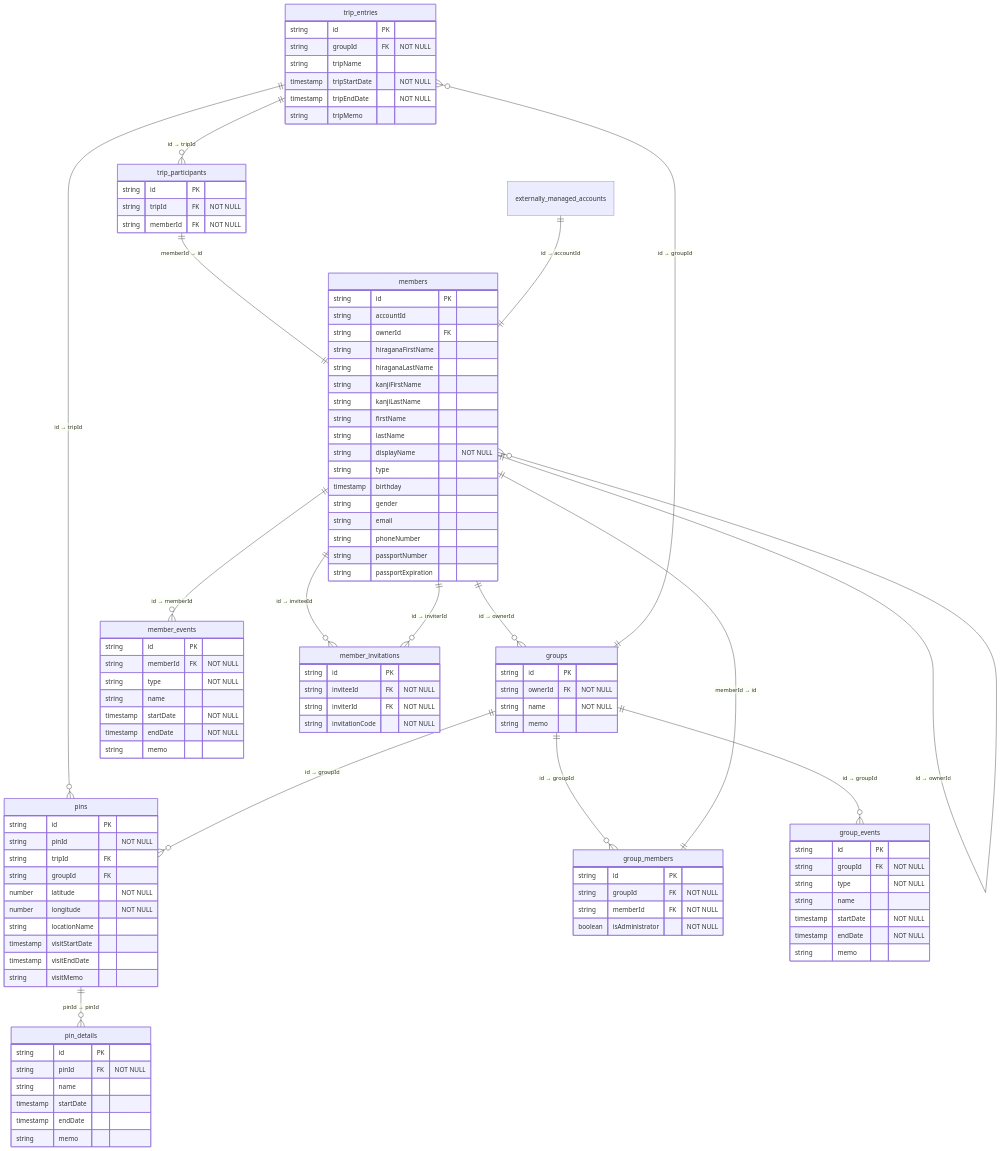
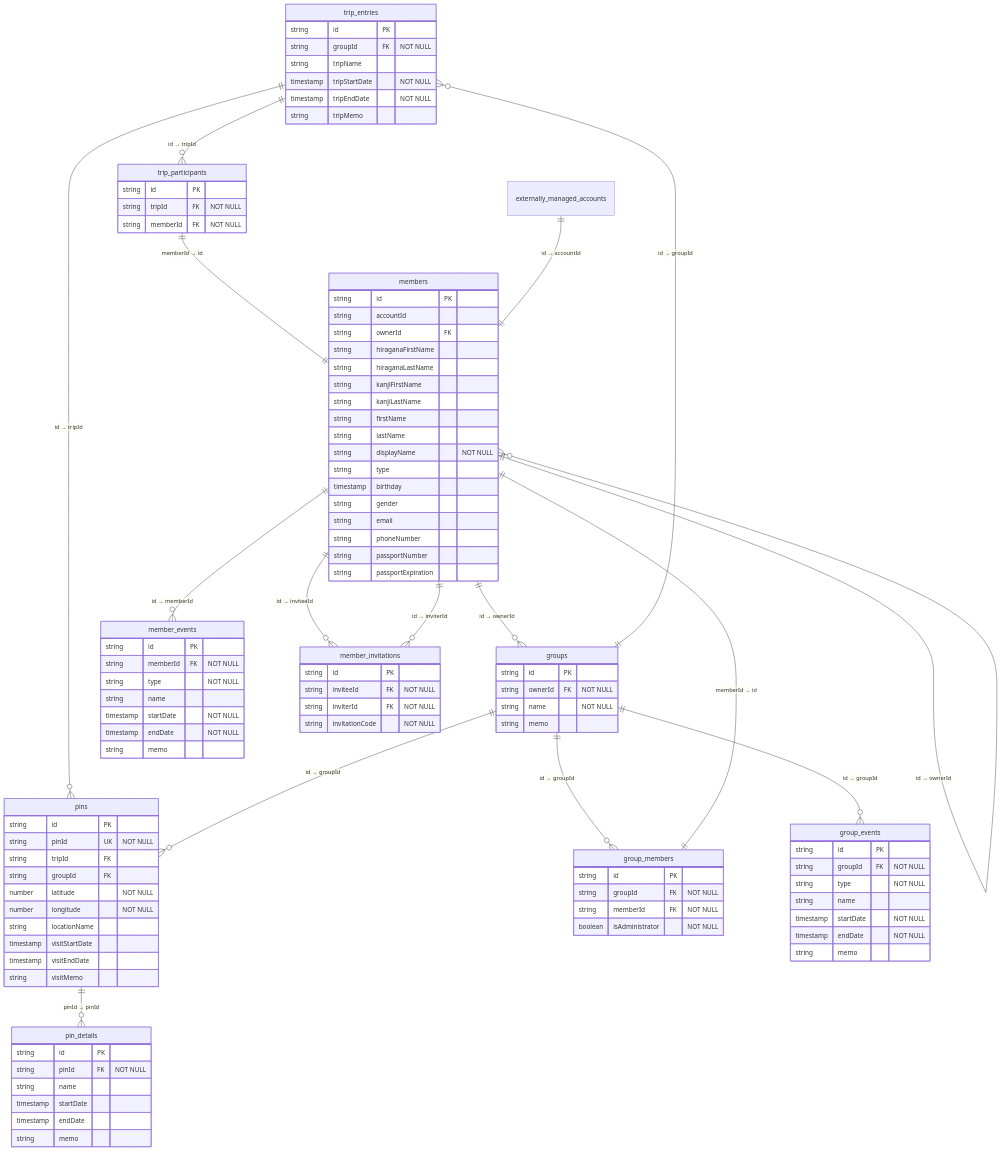
One commit to taka-016/memora changed the diagram in docs/er_diagram.md. Above: the diagram before and after it, drawn with Mermaid.

Commit message:
fix: ER図修正

```diff
--- a/docs/er_diagram.md
+++ b/docs/er_diagram.md
@@ -17,7 +17,7 @@
     }
     pins {
         string id PK
-        string pinId "NOT NULL"
+        string pinId UK "NOT NULL"
         string tripId FK
         string groupId FK
         number latitude "NOT NULL"
```
